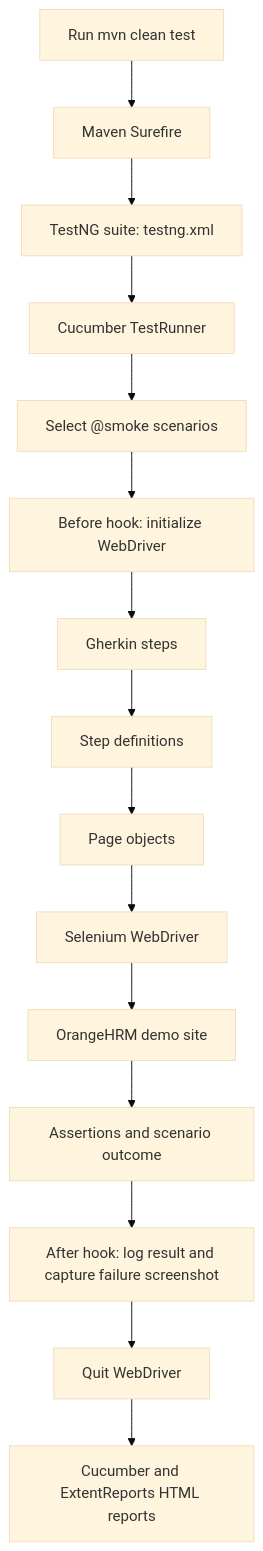
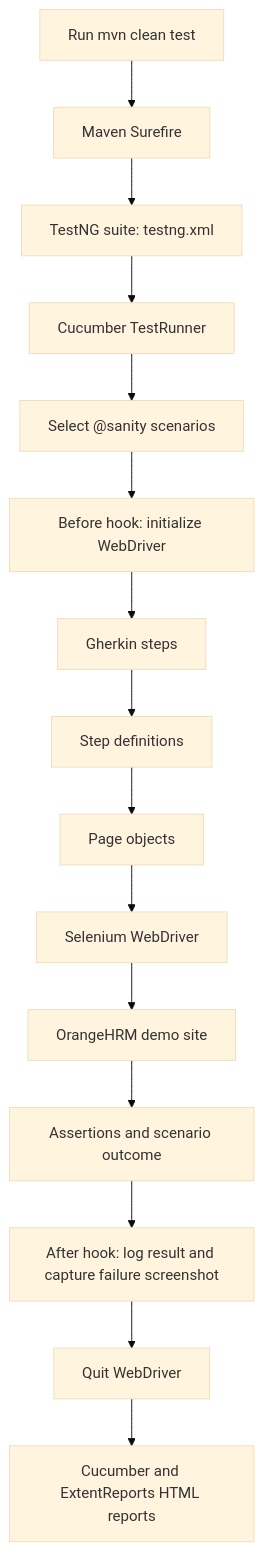
One commit to Sameer-Programmer/2026_Enterprise_DEMO_BDD_Project changed the first of 2 diagrams in README.md. Above: the diagram before and after it, drawn with Mermaid (base theme). The commit also changed other lines of this file, not shown here.

Commit message:
docs: update README for sanity suite and Jenkins

````diff
--- a/README.md
+++ b/README.md
@@ -144,17 +151,17 @@
 ```mermaid
 flowchart TD
     A[Run mvn clean test] --> B[Maven Surefire]
     B --> C[TestNG suite: testng.xml]
     C --> D[Cucumber TestRunner]
-    D --> E[Select @smoke scenarios]
+    D --> E[Select @sanity scenarios]
     E --> F[Before hook: initialize WebDriver]
     F --> G[Gherkin steps]
     G --> H[Step definitions]
     H --> I[Page objects]
     I --> J[Selenium WebDriver]
     J --> K[OrangeHRM demo site]
     K --> L[Assertions and scenario outcome]
     L --> M[After hook: log result and capture failure screenshot]
     M --> N[Quit WebDriver]
     N --> O[Cucumber and ExtentReports HTML reports]
 ```
````
